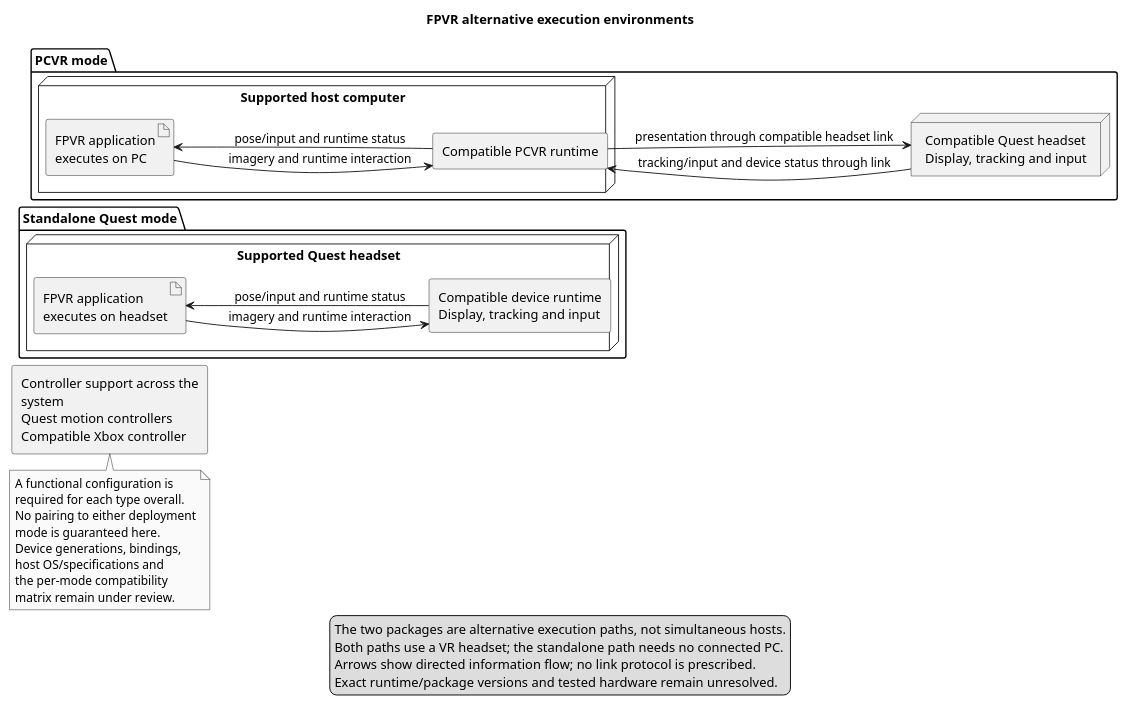
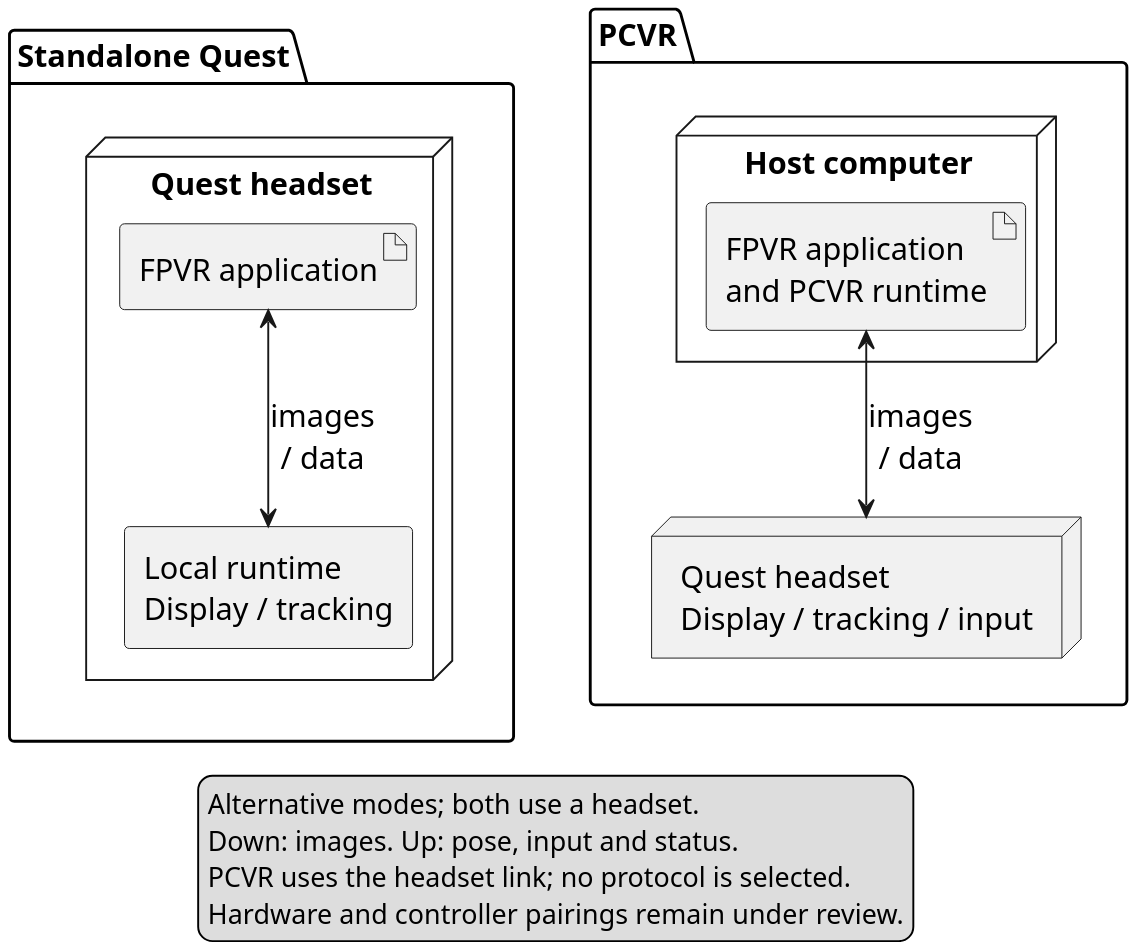
Before and after one commit to SoftwareMandems/FPVR: the diagram in docs/SRS/models/environment-deployment.puml, drawn with PlantUML. The commit also changed 6 other files, not shown here.

Commit message:
Improve document diagrams

```diff
--- a/docs/SRS/models/environment-deployment.puml
+++ b/docs/SRS/models/environment-deployment.puml
@@ -1,50 +1,35 @@
 @startuml environment-deployment
-' Editable source for the two required execution environments.
-' Sources: ../SRS.tex G.6 and S.2 (FR-UI-01--03, NFR-INST-01--02,
-' NFR-COMP-01); ../DevelopmentPlan/DevelopmentPlan.tex Expected Technology.
-' Draft reference: C:/Users/itari/Documents/SRS.tex E.2--E.4.
-' Render: java -jar plantuml.jar -tpdf environment-deployment.puml
-' Preview: java -jar plantuml.jar -tsvg environment-deployment.puml
-!pragma layout smetana
-left to right direction
+' Render: java -jar plantuml.jar -tpng environment-deployment.puml
 skinparam shadowing false
 skinparam monochrome true
-skinparam wrapWidth 200
-title FPVR alternative execution environments
+skinparam defaultFontName Arial
+skinparam defaultFontSize 16
+skinparam dpi 200
+skinparam nodesep 35
+skinparam ranksep 40
+top to bottom direction
 
-package "Standalone Quest mode" {
-  node "Supported Quest headset" as StandaloneHeadset {
-    artifact "FPVR application\nexecutes on headset" as StandaloneApp
-    rectangle "Compatible device runtime\nDisplay, tracking and input" as StandaloneXR
-    StandaloneApp --> StandaloneXR : imagery and runtime interaction
-    StandaloneXR --> StandaloneApp : pose/input and runtime status
+package "Standalone Quest" as Standalone {
+  node "Quest headset" as LocalHeadset {
+    artifact "FPVR application" as LocalApp
+    rectangle "Local runtime\nDisplay / tracking" as LocalRuntime
+    LocalApp <-down-> LocalRuntime : images\n/ data
   }
 }
 
-package "PCVR mode" {
-  node "Supported host computer" as PC {
-    artifact "FPVR application\nexecutes on PC" as PCApp
-    rectangle "Compatible PCVR runtime" as PCXR
-    PCApp --> PCXR : imagery and runtime interaction
-    PCXR --> PCApp : pose/input and runtime status
+package "PCVR" as PCVRMode {
+  node "Host computer" as PC {
+    artifact "FPVR application\nand PCVR runtime" as PCApp
   }
-  node "Compatible Quest headset\nDisplay, tracking and input" as PCHeadset
-  PCXR --> PCHeadset : presentation through compatible headset link
-  PCHeadset --> PCXR : tracking/input and device status through link
+  node "Quest headset\nDisplay / tracking / input" as LinkedHeadset
+  PCApp <-down-> LinkedHeadset : images\n/ data
 }
-
-rectangle "Controller support across the system\nQuest motion controllers\nCompatible Xbox controller" as Inputs
-note bottom of Inputs
-  A functional configuration is required for each type overall.
-  No pairing to either deployment mode is guaranteed here.
-  Device generations, bindings, host OS/specifications and
-  the per-mode compatibility matrix remain under review.
-end note
+Standalone -[hidden]right-> PCVRMode
 
 legend bottom
-  The two packages are alternative execution paths, not simultaneous hosts.
-  Both paths use a VR headset; the standalone path needs no connected PC.
-  Arrows show directed information flow; no link protocol is prescribed.
-  Exact runtime/package versions and tested hardware remain unresolved.
+  Alternative modes; both use a headset.
+  Down: images. Up: pose, input and status.
+  PCVR uses the headset link; no protocol is selected.
+  Hardware and controller pairings remain under review.
 endlegend
 @enduml
```
